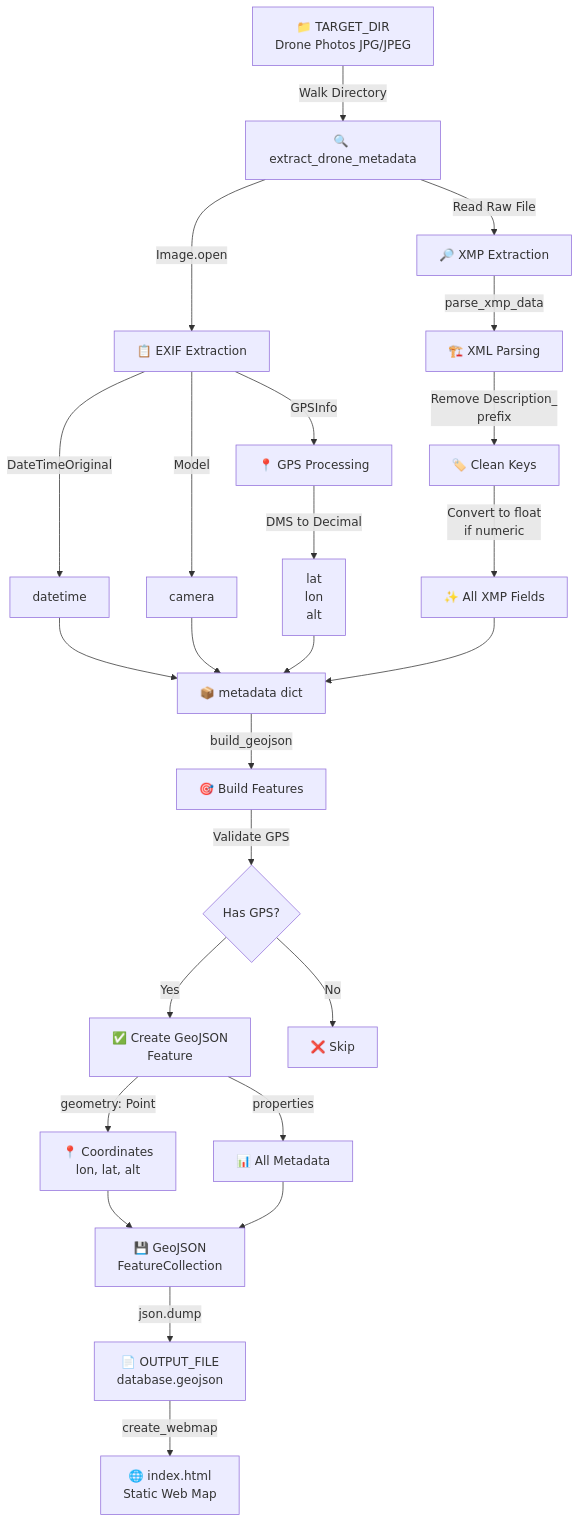
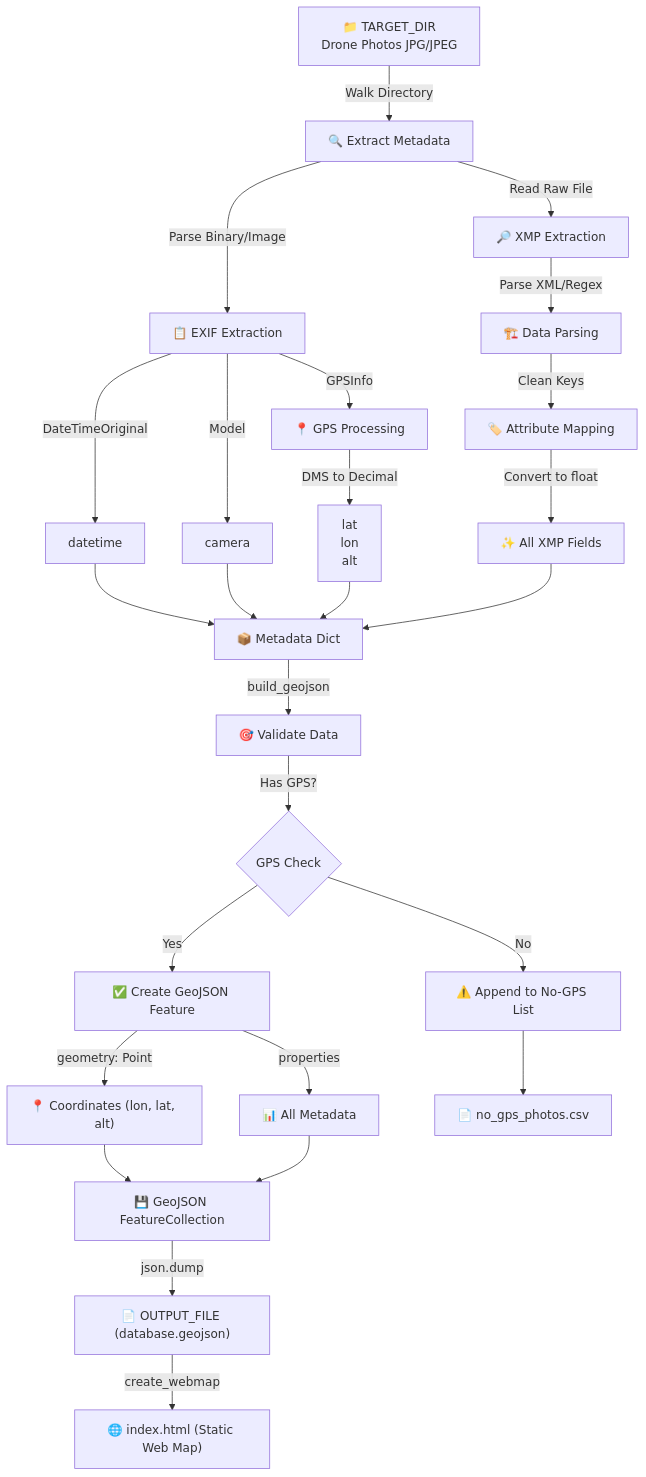
The diagram in README.md (gianfrancodp/DAPM), drawn with Mermaid before and after one commit. The commit also changed other lines of this file and 3 other files, not shown here.

````diff
--- a/README.md
+++ b/README.md
@@ -87,34 +106,36 @@
 ```mermaid
 graph TD
-    A["📁 TARGET_DIR<br/>Drone Photos JPG/JPEG"] -->|Walk Directory| B["🔍 extract_drone_metadata"]
+    A["📁 TARGET_DIR<br/>Drone Photos JPG/JPEG"] -->|Walk Directory| B["🔍 Extract Metadata"]
     
-    B -->|Image.open| C["📋 EXIF Extraction"]
+    B -->|Parse Binary/Image| C["📋 EXIF Extraction"]
     C -->|DateTimeOriginal| D["datetime"]
     C -->|Model| E["camera"]
     C -->|GPSInfo| F["📍 GPS Processing"]
     F -->|DMS to Decimal| G["lat<br/>lon<br/>alt"]
     
     B -->|Read Raw File| H["🔎 XMP Extraction"]
-    H -->|parse_xmp_data| I["🏗️ XML Parsing"]
-    I -->|Remove Description_<br/>prefix| J["🏷️ Clean Keys"]
-    J -->|Convert to float<br/>if numeric| K["✨ All XMP Fields"]
+    H -->|Parse XML/Regex| I["🏗️ Data Parsing"]
+    I -->|Clean Keys| J["🏷️ Attribute Mapping"]
+    J -->|Convert to float| K["✨ All XMP Fields"]
     
-    D --> L["📦 metadata dict"]
+    D --> L["📦 Metadata Dict"]
     E --> L
     G --> L
     K --> L
     
-    L -->|build_geojson| M["🎯 Build Features"]
-    M -->|Validate GPS| N{Has GPS?}
-    N -->|Yes| O["✅ Create GeoJSON<br/>Feature"]
-    N -->|No| P["❌ Skip"]
+    L -->|build_geojson| M["🎯 Validate Data"]
+    M -->|Has GPS?| N{GPS Check}
     
-    O -->|geometry: Point| Q["📍 Coordinates<br/>lon, lat, alt"]
+    N -->|Yes| O["✅ Create GeoJSON Feature"]
+    O -->|geometry: Point| Q["📍 Coordinates (lon, lat, alt)"]
     O -->|properties| R["📊 All Metadata"]
+    Q --> S["💾 GeoJSON FeatureCollection"]
+    R --> S
+    S -->|json.dump| T["📄 OUTPUT_FILE (database.geojson)"]
     
-    Q --> S["💾 GeoJSON<br/>FeatureCollection"]
-    R --> S
-    
-    S -->|json.dump| T["📄 OUTPUT_FILE<br/>database.geojson"]
-    T -->|create_webmap| U["🌐 index.html<br/>Static Web Map"]
+    N -->|No| P["⚠️ Append to No-GPS List"]
+    P --> V["📄 no_gps_photos.csv"]
+
+    T -->|create_webmap| U["🌐 index.html (Static Web Map)"]
+
 ```
````
